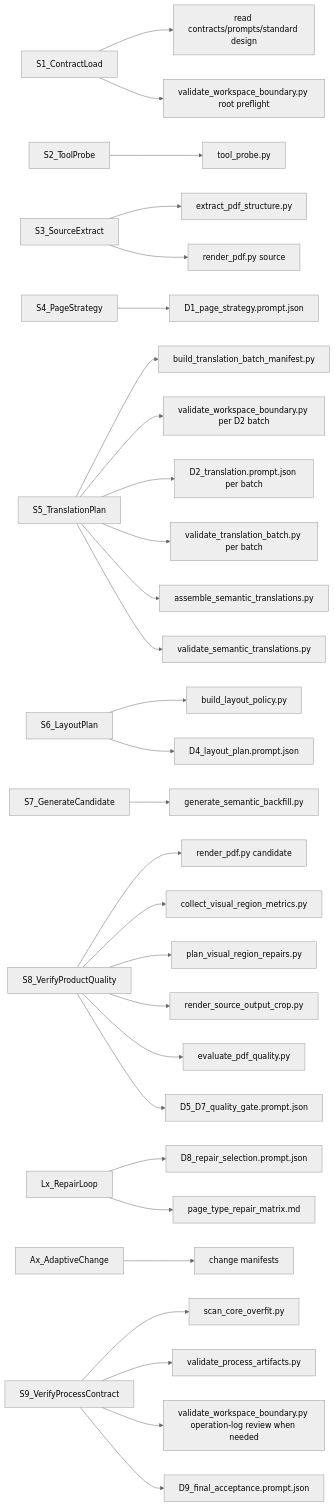
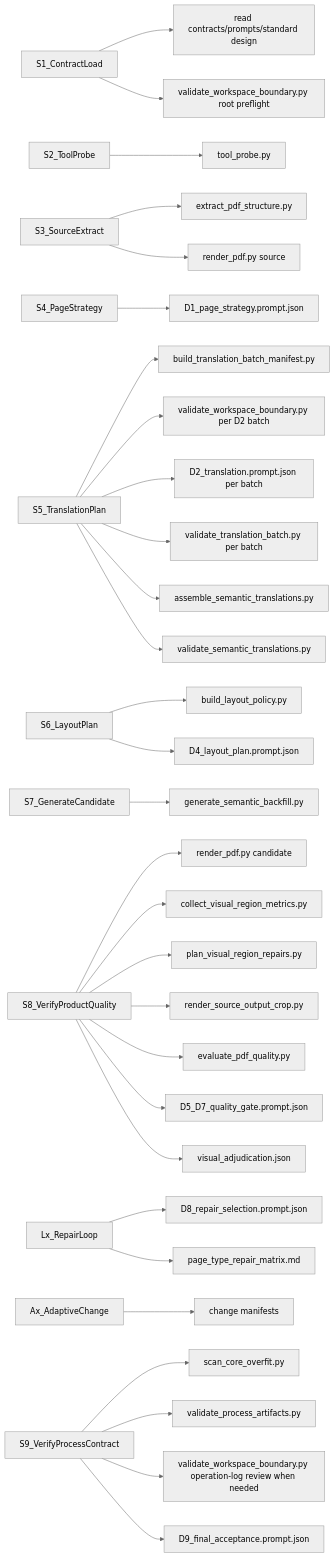
The eighth of 8 diagrams in docs/业务流程/PDF_语义翻译回填_标准流程设计.md (huacc/transflow), drawn with Mermaid (neutral theme) before and after one commit. The commit also changed other lines of this file and 717 other files, not shown here.

````diff
--- a/docs/业务流程/PDF_语义翻译回填_标准流程设计.md
+++ b/docs/业务流程/PDF_语义翻译回填_标准流程设计.md
@@ -1481,31 +1539,32 @@
 ```mermaid
 flowchart LR
   S1[S1_ContractLoad] --> C1[read contracts/prompts/standard design]
   S1 --> W0[validate_workspace_boundary.py root preflight]
   S2[S2_ToolProbe] --> T1[tool_probe.py]
   S3[S3_SourceExtract] --> T2[extract_pdf_structure.py]
   S3 --> T3[render_pdf.py source]
   S4[S4_PageStrategy] --> D1[D1_page_strategy.prompt.json]
   S5[S5_TranslationPlan] --> T4a[build_translation_batch_manifest.py]
   S5 --> W1[validate_workspace_boundary.py per D2 batch]
   S5 --> D2[D2_translation.prompt.json per batch]
   S5 --> T4b[validate_translation_batch.py per batch]
   S5 --> T4c[assemble_semantic_translations.py]
   S5 --> T4d[validate_semantic_translations.py]
   S6[S6_LayoutPlan] --> T5[build_layout_policy.py]
   S6 --> D4[D4_layout_plan.prompt.json]
   S7[S7_GenerateCandidate] --> T6[generate_semantic_backfill.py]
   S8[S8_VerifyProductQuality] --> T7[render_pdf.py candidate]
   S8 --> T8[collect_visual_region_metrics.py]
   S8 --> T9[plan_visual_region_repairs.py]
   S8 --> T10[render_source_output_crop.py]
   S8 --> T11[evaluate_pdf_quality.py]
   S8 --> D7[D5_D7_quality_gate.prompt.json]
+  S8 --> VADJ[visual_adjudication.json]
   LX[Lx_RepairLoop] --> D8[D8_repair_selection.prompt.json]
   LX --> M1[page_type_repair_matrix.md]
   AX[Ax_AdaptiveChange] --> M2[change manifests]
   S9[S9_VerifyProcessContract] --> T12[scan_core_overfit.py]
   S9 --> T13[validate_process_artifacts.py]
   S9 --> W2[validate_workspace_boundary.py operation-log review when needed]
   S9 --> D9[D9_final_acceptance.prompt.json]
 ```
````
